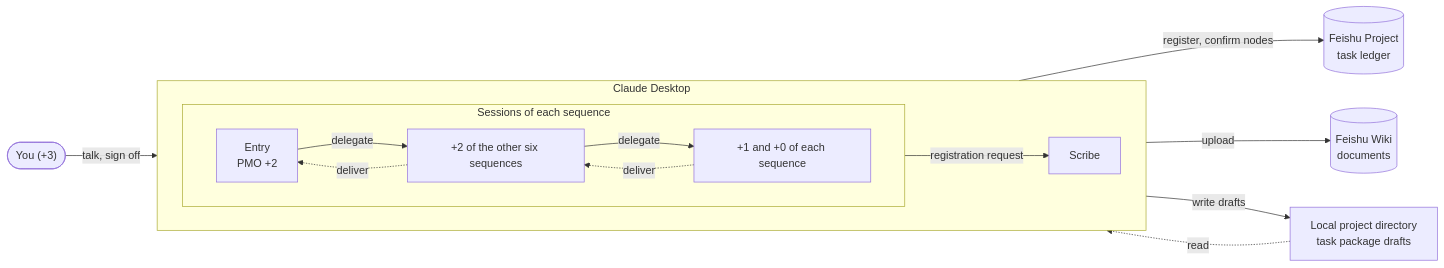
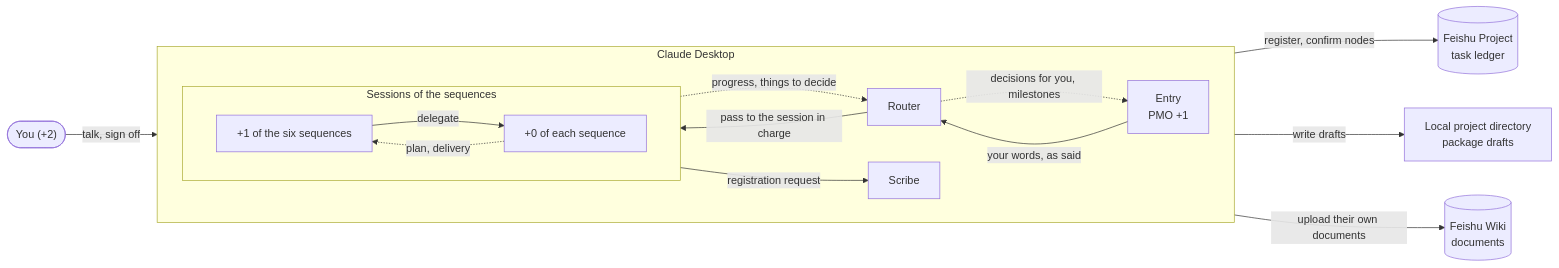
The diagram in README.en.md (Touricks/Solo-Lab), drawn with Mermaid before and after one commit. The commit also changed other lines of this file and 7 other files, not shown here.

````diff
--- a/README.en.md
+++ b/README.en.md
@@ -56,30 +56,32 @@
 ```mermaid
 flowchart LR
-    you(["You (+3)"])
+    you(["You (+2)"])
 
     subgraph desktop["Claude Desktop"]
         direction LR
-        subgraph roles["Sessions of each sequence"]
+        entry["Entry<br/>PMO +1"]
+        router["Router"]
+        subgraph roles["Sessions of the sequences"]
             direction LR
-            entry["Entry<br/>PMO +2"]
-            heads["+2 of the other six sequences"]
-            staff["+1 and +0 of each sequence"]
-            entry -->|"delegate"| heads
+            heads["+1 of the six sequences"]
+            staff["+0 of each sequence"]
             heads -->|"delegate"| staff
-            staff -.->|"deliver"| heads
-            heads -.->|"deliver"| entry
+            staff -.->|"plan, delivery"| heads
         end
         scribe["Scribe"]
+        entry -->|"your words, as said"| router
+        router -->|"pass to the session in charge"| heads
+        heads -.->|"progress, things to decide"| router
+        router -.->|"decisions for you, milestones"| entry
         roles -->|"registration request"| scribe
     end
 
-    drafts["Local project directory<br/>task package drafts"]
+    drafts["Local project directory<br/>package drafts"]
     ledger[("Feishu Project<br/>task ledger")]
     wiki[("Feishu Wiki<br/>documents")]
 
     you -->|"talk, sign off"| entry
     roles -->|"write drafts"| drafts
-    drafts -.->|"read"| scribe
+    roles -->|"upload their own documents"| wiki
     scribe -->|"register, confirm nodes"| ledger
-    scribe -->|"upload"| wiki
 ```
````
